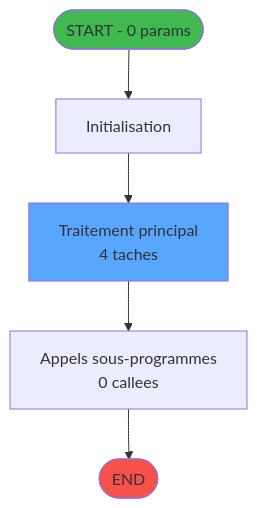
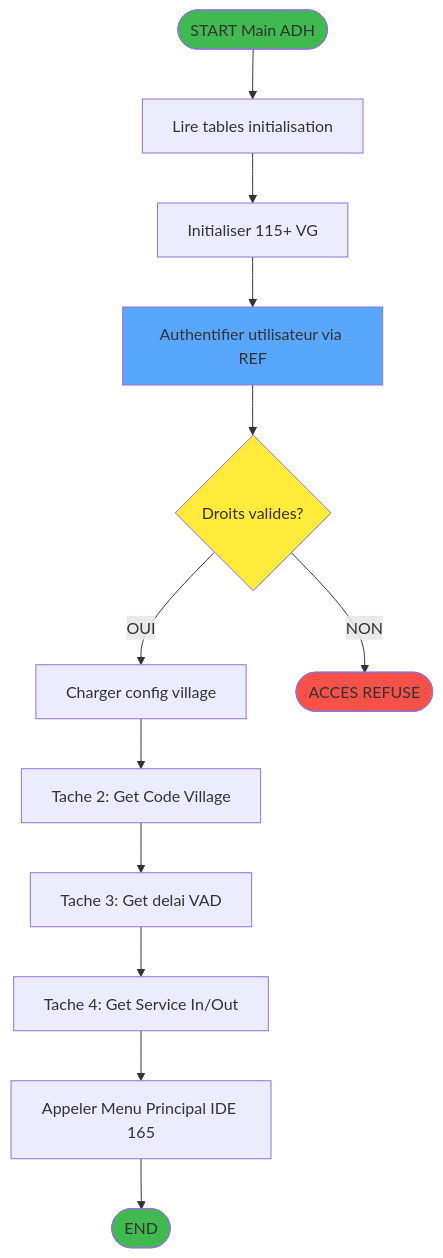
The first of 3 diagrams in .openspec/specs/ADH-IDE-1.md (thonyAGP/magic-migration), drawn with Mermaid before and after one commit. The commit also changed other lines of this file and 179 other files, not shown here.

````diff
--- a/.openspec/specs/ADH-IDE-1.md
+++ b/.openspec/specs/ADH-IDE-1.md
@@ -84,14 +132,25 @@
 ```mermaid
 flowchart TD
-    START([START - 0 params])
-    INIT["Initialisation"]
-    PROCESS["Traitement principal<br/>4 taches"]
-    CALLS["Appels sous-programmes<br/>0 callees"]
+    START([START Main ADH])
+    READ_INI[Lire tables initialisation]
+    INIT_VG[Initialiser 115+ VG]
+    AUTH[Authentifier utilisateur via REF]
+    CHECK_DROITS{Droits valides?}
+    LOAD_CONFIG[Charger config village]
+    CALL_VILLAGE[Tache 2: Get Code Village]
+    CALL_VAD[Tache 3: Get delai VAD]
+    CALL_SERVICE[Tache 4: Get Service In/Out]
+    CALL_MENU[Appeler Menu Principal IDE 165]
     ENDOK([END])
+    ENDERROR([ACCES REFUSE])
 
-    START --> INIT --> PROCESS --> CALLS --> ENDOK
+    START --> READ_INI --> INIT_VG --> AUTH --> CHECK_DROITS
+    CHECK_DROITS -->|OUI| LOAD_CONFIG --> CALL_VILLAGE --> CALL_VAD --> CALL_SERVICE --> CALL_MENU --> ENDOK
+    CHECK_DROITS -->|NON| ENDERROR
 
     style START fill:#3fb950
-    style ENDOK fill:#f85149
-    style PROCESS fill:#58a6ff
+    style ENDOK fill:#3fb950
+    style ENDERROR fill:#f85149
+    style AUTH fill:#58a6ff
+    style CHECK_DROITS fill:#ffeb3b
 ```
````
